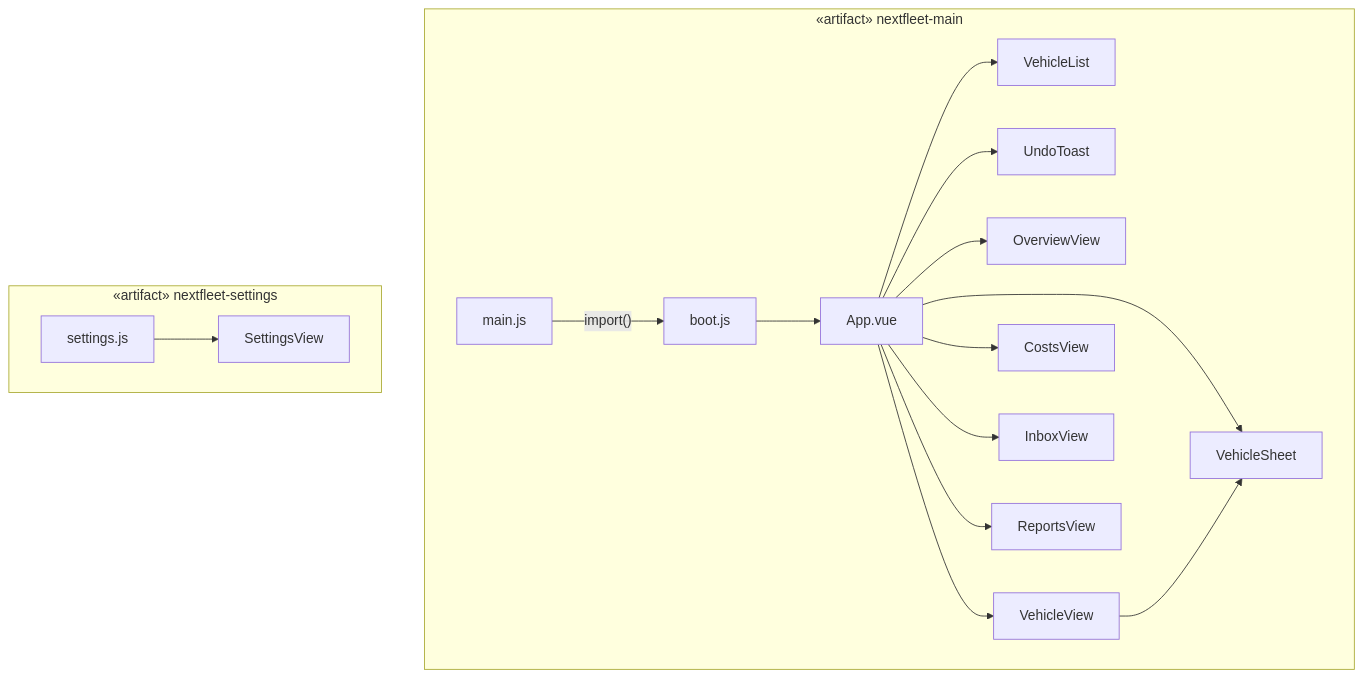
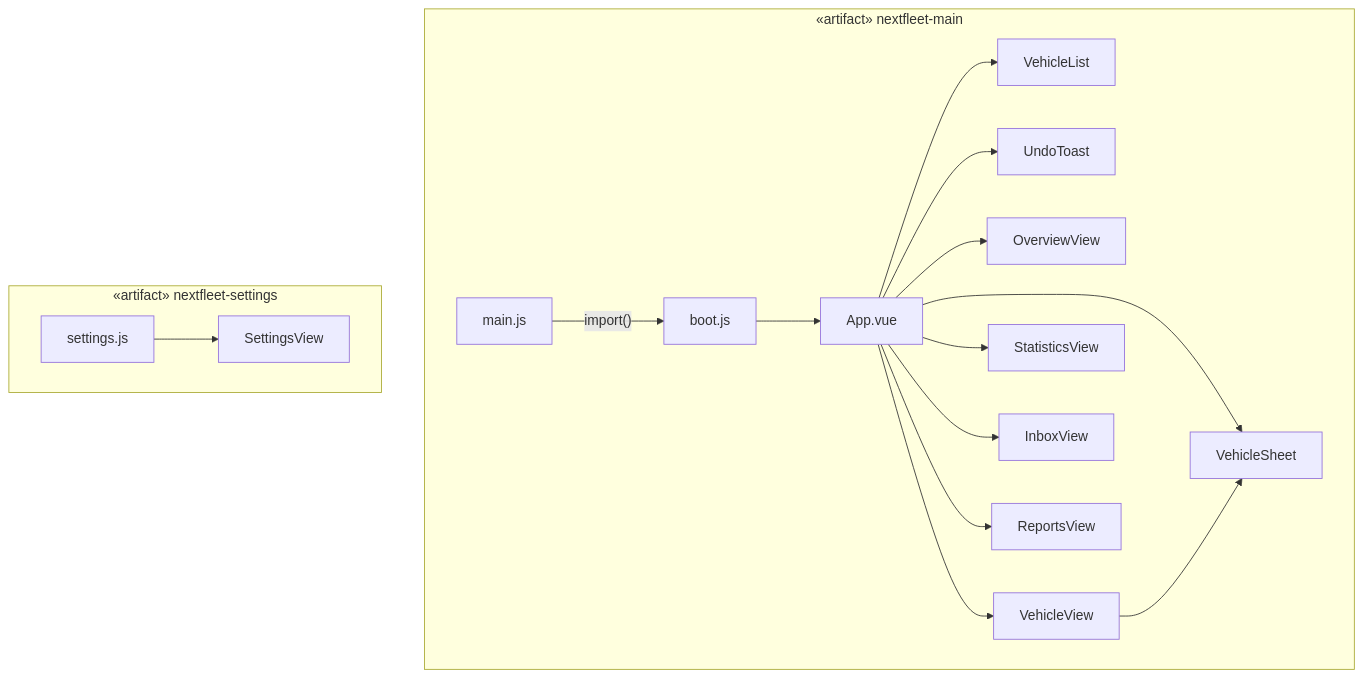
Before and after one commit to typical42/next-fleet: the seventh of 11 diagrams in docs/design/components.md, drawn with Mermaid. The commit also changed other lines of this file and 177 other files, not shown here.

````diff
--- a/docs/design/components.md
+++ b/docs/design/components.md
@@ -227,25 +229,25 @@
 ```mermaid
 flowchart TB
     subgraph mainBundle["«artifact» nextfleet-main"]
         main["main.js"]
         boot["boot.js"]
         App["App.vue"]
         List["VehicleList"]
         Sheet["VehicleSheet"]
         Undo["UndoToast"]
         Overview["OverviewView"]
         VehicleView["VehicleView"]
-        Costs["CostsView"]
+        Statistics["StatisticsView"]
         Inbox["InboxView"]
         Reports["ReportsView"]
     end
     subgraph settingsBundle["«artifact» nextfleet-settings"]
         settings["settings.js"]
         SettingsView["SettingsView"]
     end
     main -->|"import()"| boot --> App
     App --> List & Sheet & Undo
-    App --> Overview & VehicleView & Costs & Inbox & Reports
+    App --> Overview & VehicleView & Statistics & Inbox & Reports
     VehicleView --> Sheet
     settings --> SettingsView
 ```
````
